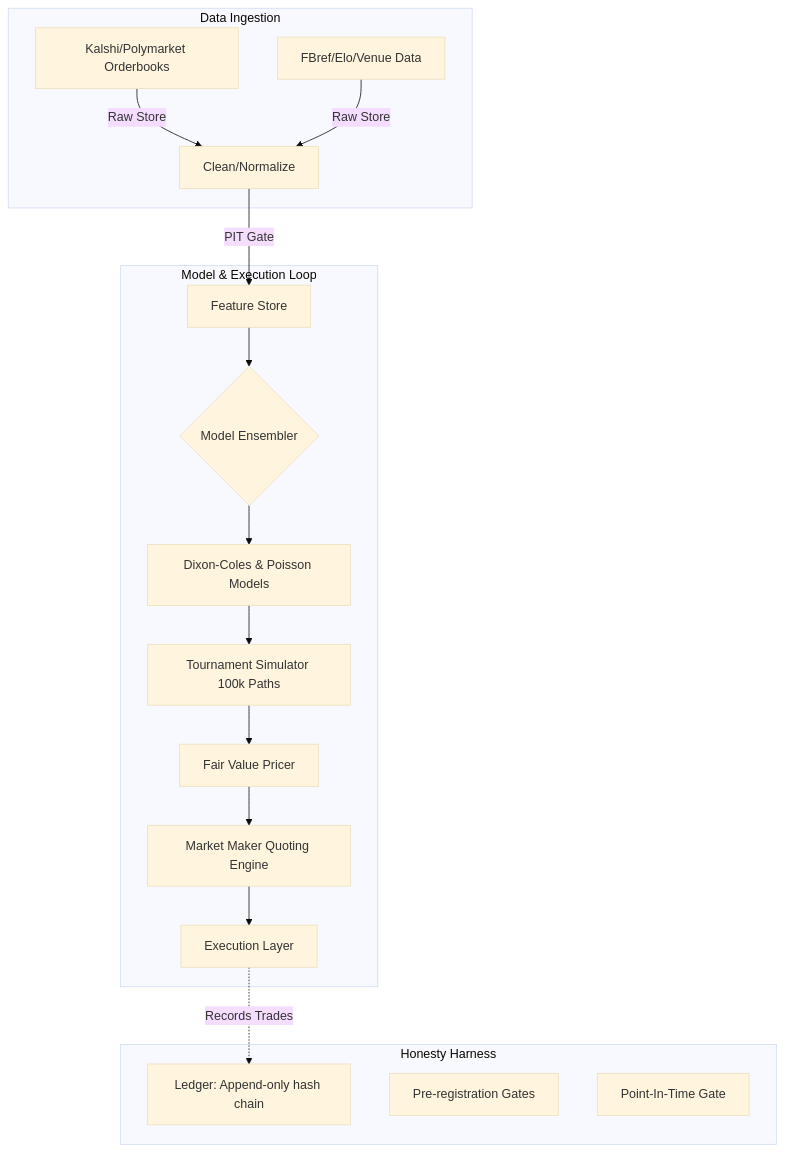
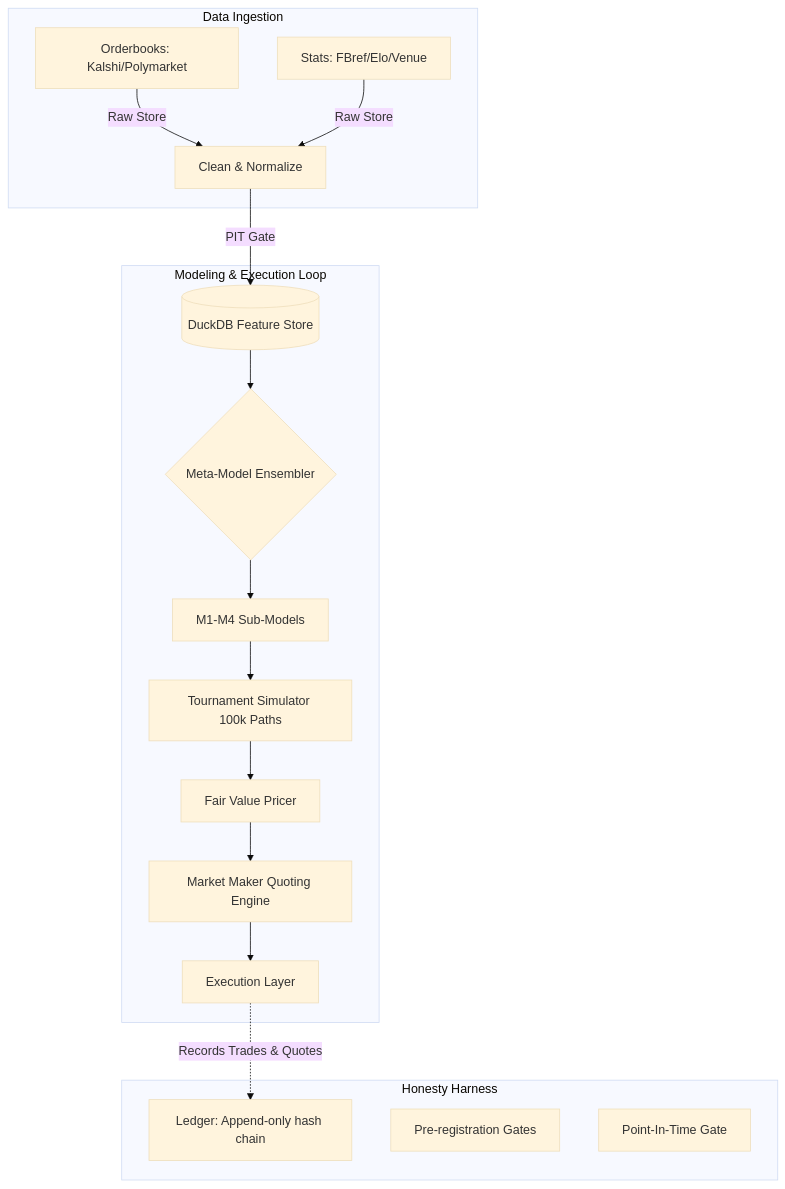
One commit to shreejitverma/wc2026-quant-prediction-system changed the diagram in README.md. Above: the diagram before and after it, drawn with Mermaid (base theme). The commit also changed other lines of this file and 66 other files, not shown here.

Commit message:
docs: comprehensive rewrite of all architectural and operational manuals

````diff
--- a/README.md
+++ b/README.md
@@ -25,25 +44,25 @@
 ```mermaid
 graph TD
     subgraph Honesty Harness
         L[Ledger: Append-only hash chain]
         P[Pre-registration Gates]
         PIT[Point-In-Time Gate]
     end
 
     subgraph Data Ingestion
-        A[Kalshi/Polymarket Orderbooks] -->|Raw Store| C[Clean/Normalize]
-        B[FBref/Elo/Venue Data] -->|Raw Store| C
+        A[Orderbooks: Kalshi/Polymarket] -->|Raw Store| C[Clean & Normalize]
+        B[Stats: FBref/Elo/Venue] -->|Raw Store| C
     end
 
-    subgraph Model & Execution Loop
-        C -->|PIT Gate| D[Feature Store]
-        D --> E{Model Ensembler}
-        E --> F[Dixon-Coles & Poisson Models]
+    subgraph Modeling & Execution Loop
+        C -->|PIT Gate| D[(DuckDB Feature Store)]
+        D --> E{Meta-Model Ensembler}
+        E --> F[M1-M4 Sub-Models]
         F --> G[Tournament Simulator 100k Paths]
         G --> H[Fair Value Pricer]
         H --> I[Market Maker Quoting Engine]
         I --> J[Execution Layer]
     end
     
-    J -.->|Records Trades| L
+    J -.->|Records Trades & Quotes| L
 ```
````
